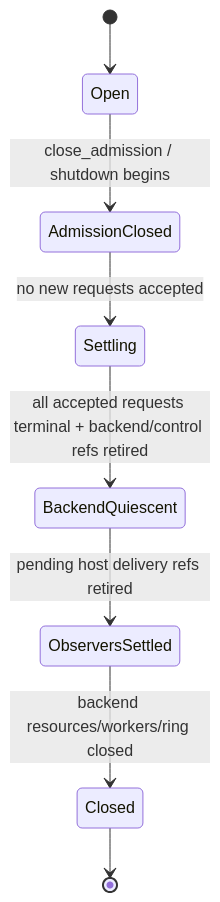
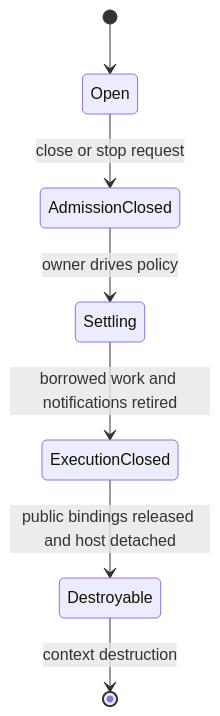
The fourth of 4 diagrams in docs/explicit-io-v1-final-decision.md (jnhu76/Sluice), drawn with Mermaid before and after one commit. The commit also changed other lines of this file and 11 other files, not shown here.

````diff
--- a/docs/explicit-io-v1-final-decision.md
+++ b/docs/explicit-io-v1-final-decision.md
@@ -924,10 +664,9 @@
 ```mermaid
 stateDiagram-v2
     [*] --> Open
-    Open --> AdmissionClosed: close_admission / shutdown begins
-    AdmissionClosed --> Settling: no new requests accepted
-    Settling --> BackendQuiescent: all accepted requests terminal + backend/control refs retired
-    BackendQuiescent --> ObserversSettled: pending host delivery refs retired
-    ObserversSettled --> Closed: backend resources/workers/ring closed
-    Closed --> [*]
+    Open --> AdmissionClosed: close or stop request
+    AdmissionClosed --> Settling: owner drives policy
+    Settling --> ExecutionClosed: borrowed work and notifications retired
+    ExecutionClosed --> Destroyable: public bindings released and host detached
+    Destroyable --> [*]: context destruction
 ```
````
